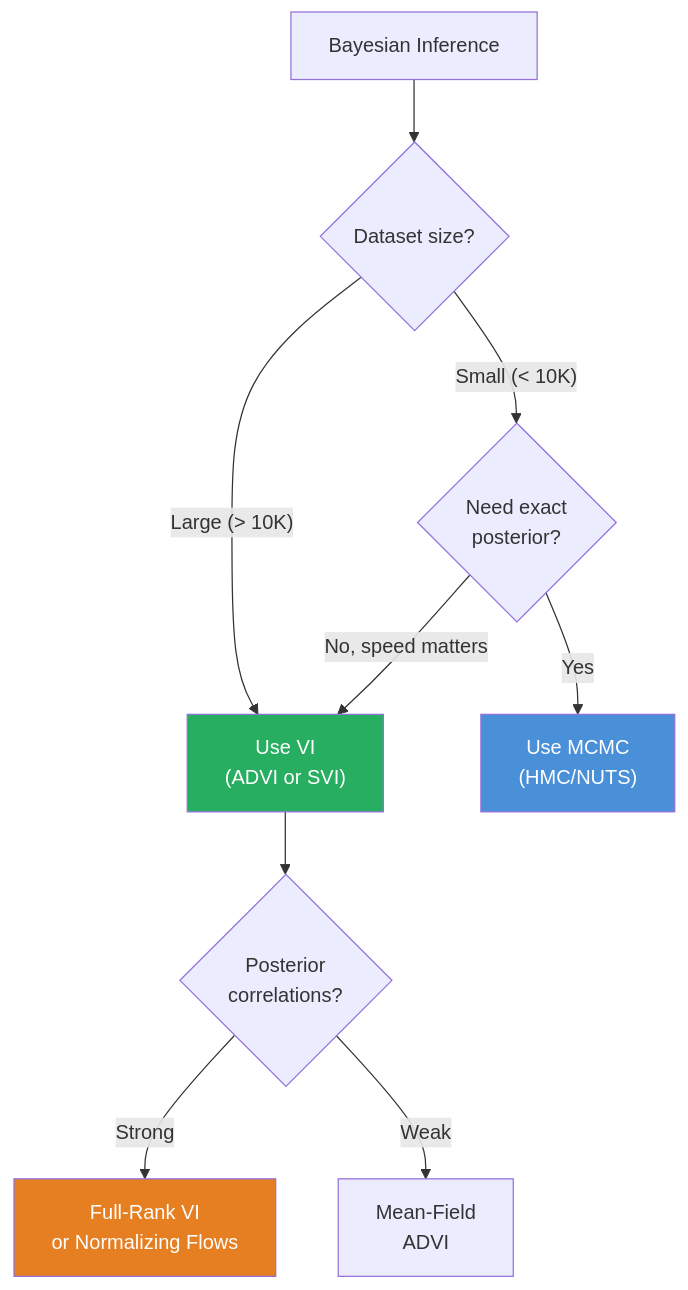
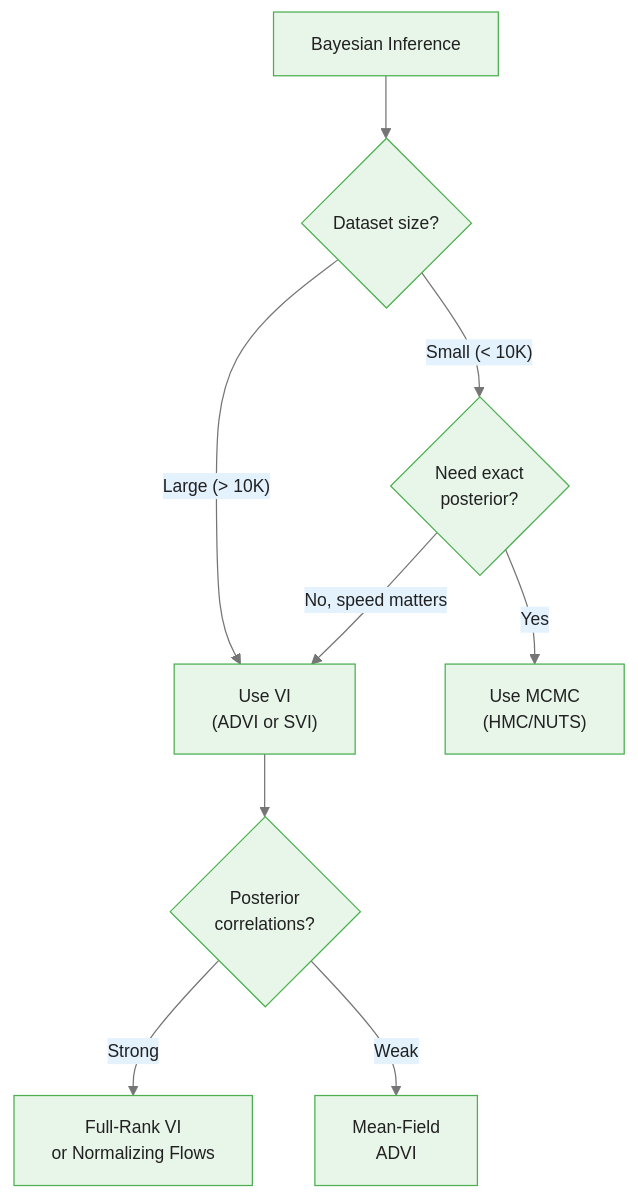
Before and after one commit to m-deane/course-creator: the third of 4 diagrams in courses/bayesian-commodity-forecasting/modules/module_06_inference/guides/03_variational_inference_slides.md, drawn with Mermaid. The commit also changed other lines of this file and 104 other files, not shown here.

````diff
--- a/courses/bayesian-commodity-forecasting/modules/module_06_inference/guides/03_variational_inference_slides.md
+++ b/courses/bayesian-commodity-forecasting/modules/module_06_inference/guides/03_variational_inference_slides.md
@@ -277,14 +291,12 @@
 ```mermaid
+%%{init: {"theme": "base", "themeVariables": {"primaryColor": "#e8f5e9", "primaryBorderColor": "#4caf50", "primaryTextColor": "#212121", "secondaryColor": "#e3f2fd", "tertiaryColor": "#fff8e1", "lineColor": "#757575", "fontFamily": "Inter, sans-serif", "fontSize": "14px"}}}%%
 flowchart TD
     TASK["Bayesian Inference"] --> Q1{"Dataset size?"}
     Q1 -->|"Small (< 10K)"| Q2{"Need exact\nposterior?"}
     Q1 -->|"Large (> 10K)"| VI_REC["Use VI\n(ADVI or SVI)"]
     Q2 -->|"Yes"| MCMC_REC["Use MCMC\n(HMC/NUTS)"]
     Q2 -->|"No, speed matters"| VI_REC
     VI_REC --> Q3{"Posterior\ncorrelations?"}
     Q3 -->|"Strong"| FULLRANK["Full-Rank VI\nor Normalizing Flows"]
     Q3 -->|"Weak"| MEANFIELD["Mean-Field\nADVI"]
-    style MCMC_REC fill:#4a90d9,color:#fff
-    style VI_REC fill:#27ae60,color:#fff
-    style FULLRANK fill:#e67e22,color:#fff
 ```
````
